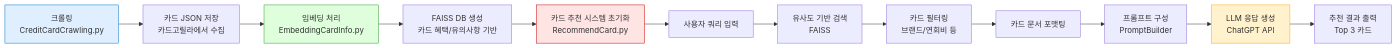
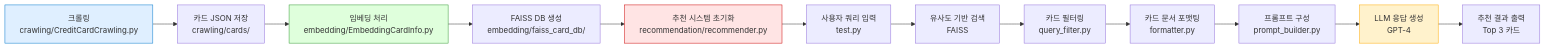
Before and after one commit to qjazk0000/RecommandCreditCard: the diagram in ChatbotReport.md, drawn with Mermaid. The commit also changed other lines of this file, not shown here.

````diff
--- a/ChatbotReport.md
+++ b/ChatbotReport.md
@@ -223,21 +321,20 @@
 ```mermaid
+flowchart LR
+    A[크롤링<br>crawling/CreditCardCrawling.py] --> B[카드 JSON 저장<br>crawling/cards/]
+    B --> C[임베딩 처리<br>embedding/EmbeddingCardInfo.py]
+    C --> D[FAISS DB 생성<br>embedding/faiss_card_db/]
 
-flowchart LR
-    A[크롤링<br>CreditCardCrawling.py] --> B[카드 JSON 저장<br>카드고릴라에서 수집]
-    B --> C[임베딩 처리<br>EmbeddingCardInfo.py]
-    C --> D[FAISS DB 생성<br>카드 혜택/유의사항 기반]
-
-    D --> E[카드 추천 시스템 초기화<br>RecommendCard.py]
-    E --> F[사용자 쿼리 입력]
+    D --> E[추천 시스템 초기화<br>recommendation/recommender.py]
+    E --> F[사용자 쿼리 입력<br>test.py]
     F --> G[유사도 기반 검색<br>FAISS]
-    G --> H[카드 필터링<br>브랜드/연회비 등]
-    H --> I[카드 문서 포맷팅]
-    I --> J[프롬프트 구성<br>PromptBuilder]
-    J --> K[LLM 응답 생성<br>ChatGPT API]
+    G --> H[카드 필터링<br>query_filter.py]
+    H --> I[카드 문서 포맷팅<br>formatter.py]
+    I --> J[프롬프트 구성<br>prompt_builder.py]
+    J --> K[LLM 응답 생성<br>GPT-4]
     K --> L[추천 결과 출력<br>Top 3 카드]
 
     style A fill:#dfefff,stroke:#0077cc
     style C fill:#dfffdc,stroke:#339933
     style E fill:#ffe4e4,stroke:#cc0000
     style K fill:#fff2cc,stroke:#ffaa00
 ```
````
